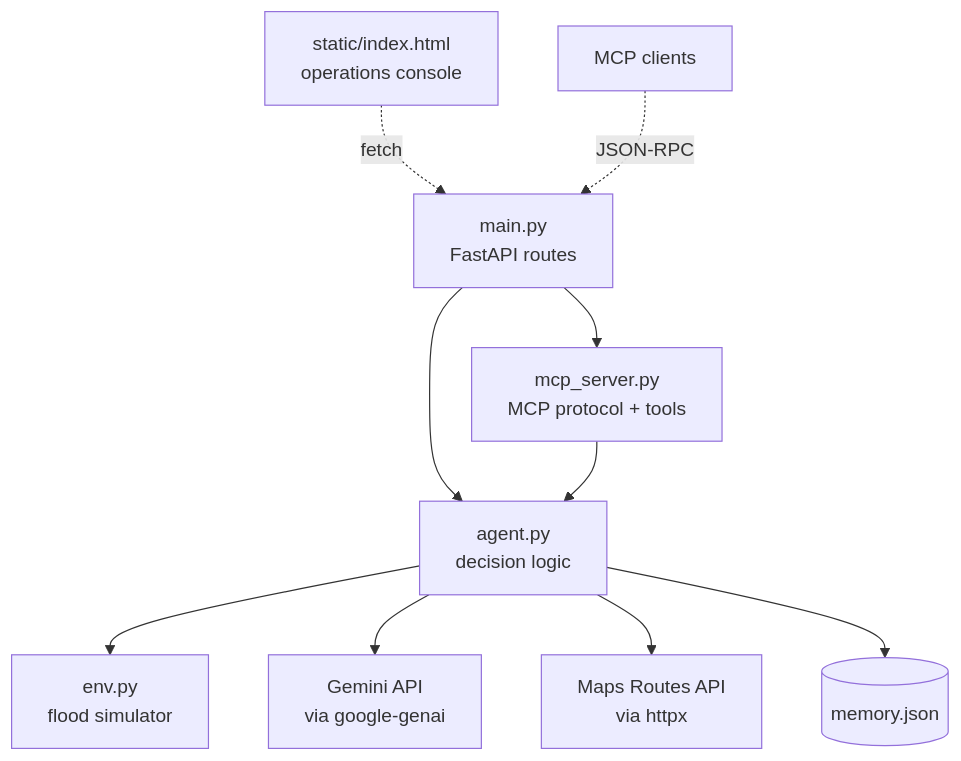
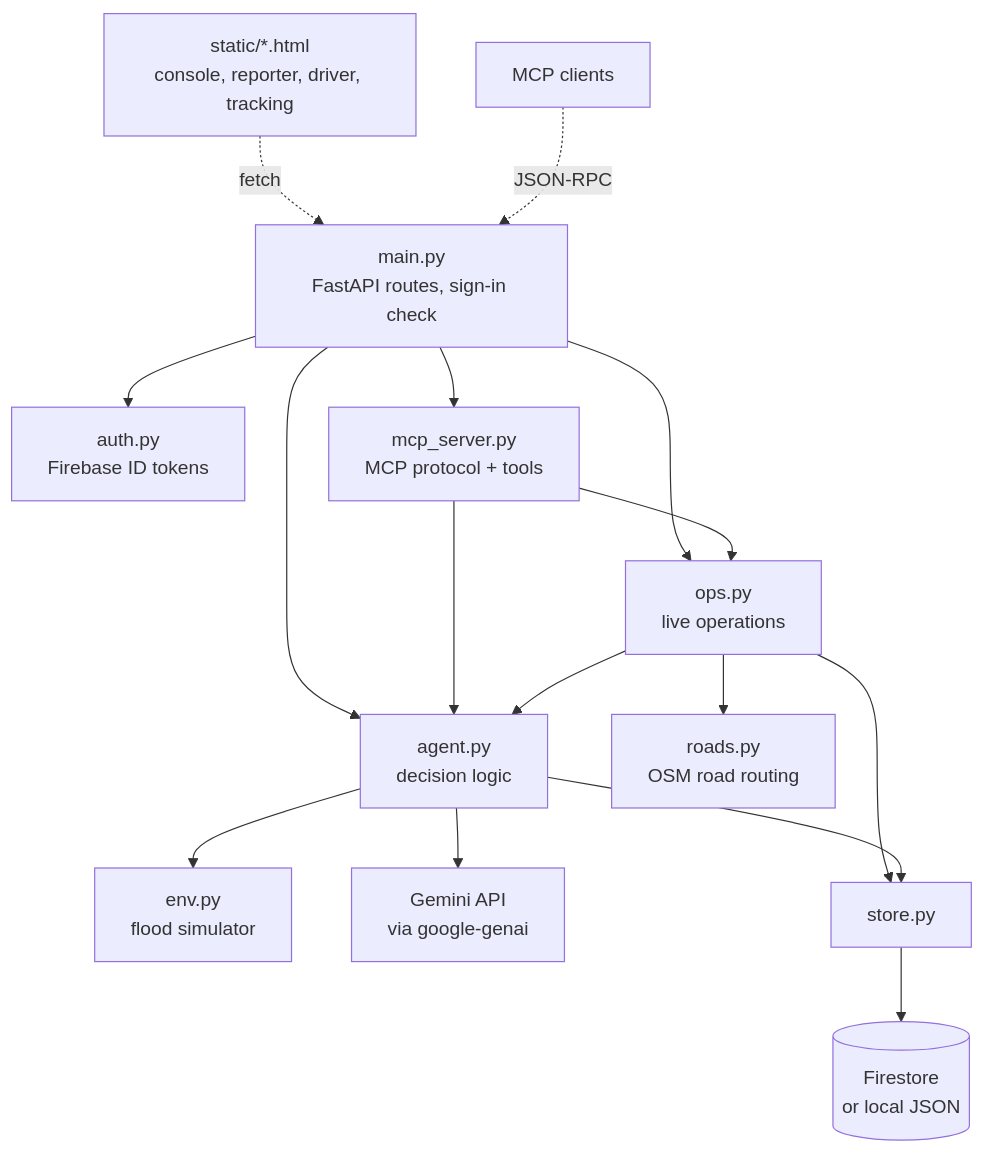
Before and after one commit to Pranav-0710/reliefroute: the first of 7 diagrams in docs/architecture.md, drawn with Mermaid. The commit also changed other lines of this file and 15 other files, not shown here.

Commit message:
Real dispatch loop: road routes on OpenStreetMap, driver pages, field feedback learning, editable depots and fleet, request tracking, duplicate merging, coordinator sign-in

````diff
--- a/docs/architecture.md
+++ b/docs/architecture.md
@@ -22,12 +22,18 @@
 ```mermaid
 flowchart TD
-    page["static/index.html<br/>operations console"] -.->|fetch| main["main.py<br/>FastAPI routes"]
+    page["static/*.html<br/>console, reporter, driver, tracking"] -.->|fetch| main["main.py<br/>FastAPI routes, sign-in check"]
     ext["MCP clients"] -.->|JSON-RPC| main
+    main --> auth["auth.py<br/>Firebase ID tokens"]
+    main --> ops["ops.py<br/>live operations"]
+    main --> mcp["mcp_server.py<br/>MCP protocol + tools"]
     main --> agent["agent.py<br/>decision logic"]
-    main --> mcp["mcp_server.py<br/>MCP protocol + tools"]
     mcp --> agent
+    mcp --> ops
+    ops --> agent
+    ops --> roads["roads.py<br/>OSM road routing"]
     agent --> env["env.py<br/>flood simulator"]
     agent --> gemini["Gemini API<br/>via google-genai"]
-    agent --> routes["Maps Routes API<br/>via httpx"]
-    agent --> mem[("memory.json")]
+    ops --> store["store.py"]
+    agent --> store
+    store --> fs[("Firestore<br/>or local JSON")]
 ```
````
